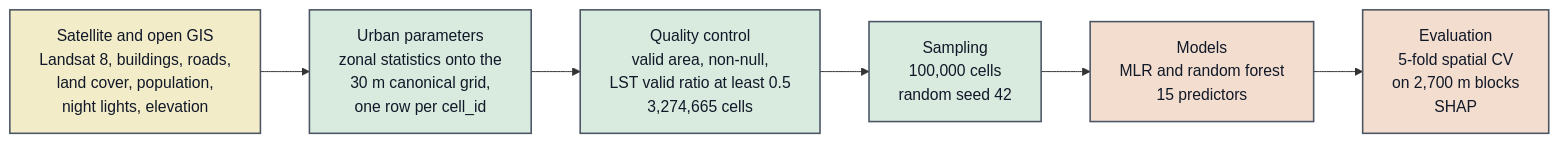
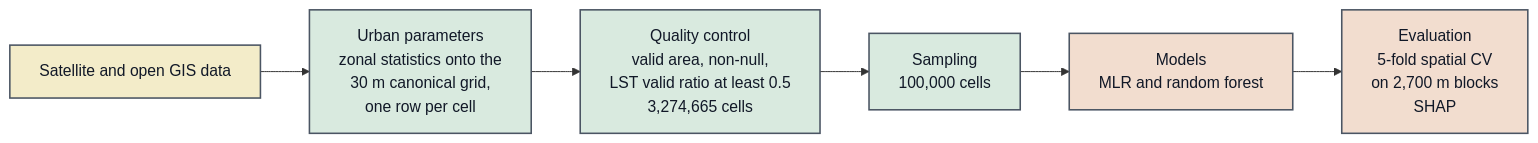
The diagram in docs/03_results/fig4_limited_workflow_poster.mmd (HitsujiNeko/MasterResearch), drawn with Mermaid before and after one commit. The commit also changed 1 other file, not shown here.

```diff
--- a/docs/03_results/fig4_limited_workflow_poster.mmd
+++ b/docs/03_results/fig4_limited_workflow_poster.mmd
@@ -1,20 +1,20 @@
 ---
 config:
   layout: fixed
 ---
 flowchart LR
-    I["Satellite and open GIS<br>Landsat 8, buildings, roads,<br>land cover, population,<br>night lights, elevation"] --> P["Urban parameters<br>zonal statistics onto the<br>30 m canonical grid,<br>one row per cell_id"]
+    I["Satellite and open GIS data"] --> P["Urban parameters<br>zonal statistics onto the<br>30 m canonical grid,<br>one row per cell"]
     P --> Q["Quality control<br>valid area, non-null,<br>LST valid ratio at least 0.5<br>3,274,665 cells"]
-    Q --> S["Sampling<br>100,000 cells<br>random seed 42"]
-    S --> M["Models<br>MLR and random forest<br>15 predictors"]
+    Q --> S["Sampling<br>100,000 cells"]
+    S --> M["Models<br>MLR and random forest"]
     M --> E["Evaluation<br>5-fold spatial CV<br>on 2,700 m blocks<br>SHAP"]
 
      I:::input
      P:::process
      Q:::process
      S:::process
      M:::result
      E:::result
     classDef input fill:#f3ecc9,stroke:#4b5563,stroke-width:1.6px,color:#111827
     classDef process fill:#d9eadf,stroke:#4b5563,stroke-width:1.6px,color:#111827
     classDef result fill:#f2ddcf,stroke:#4b5563,stroke-width:1.6px,color:#111827
```
